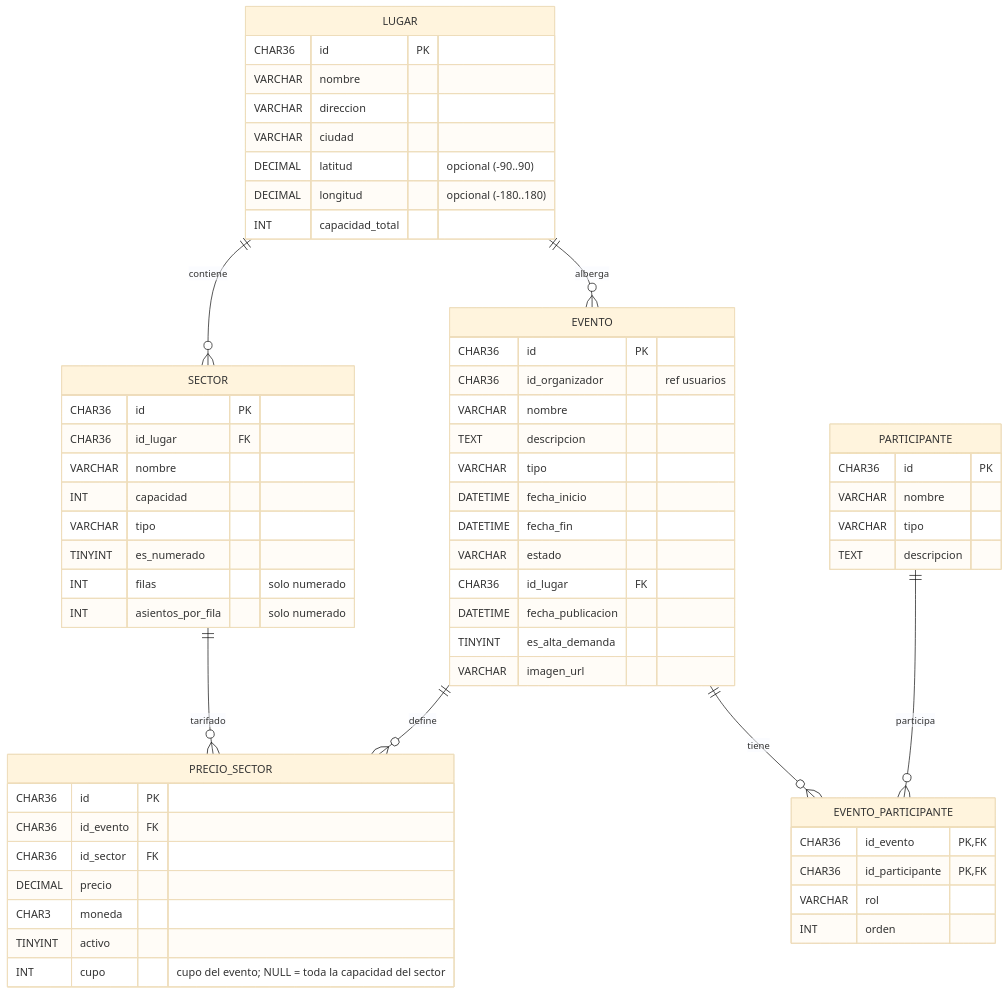
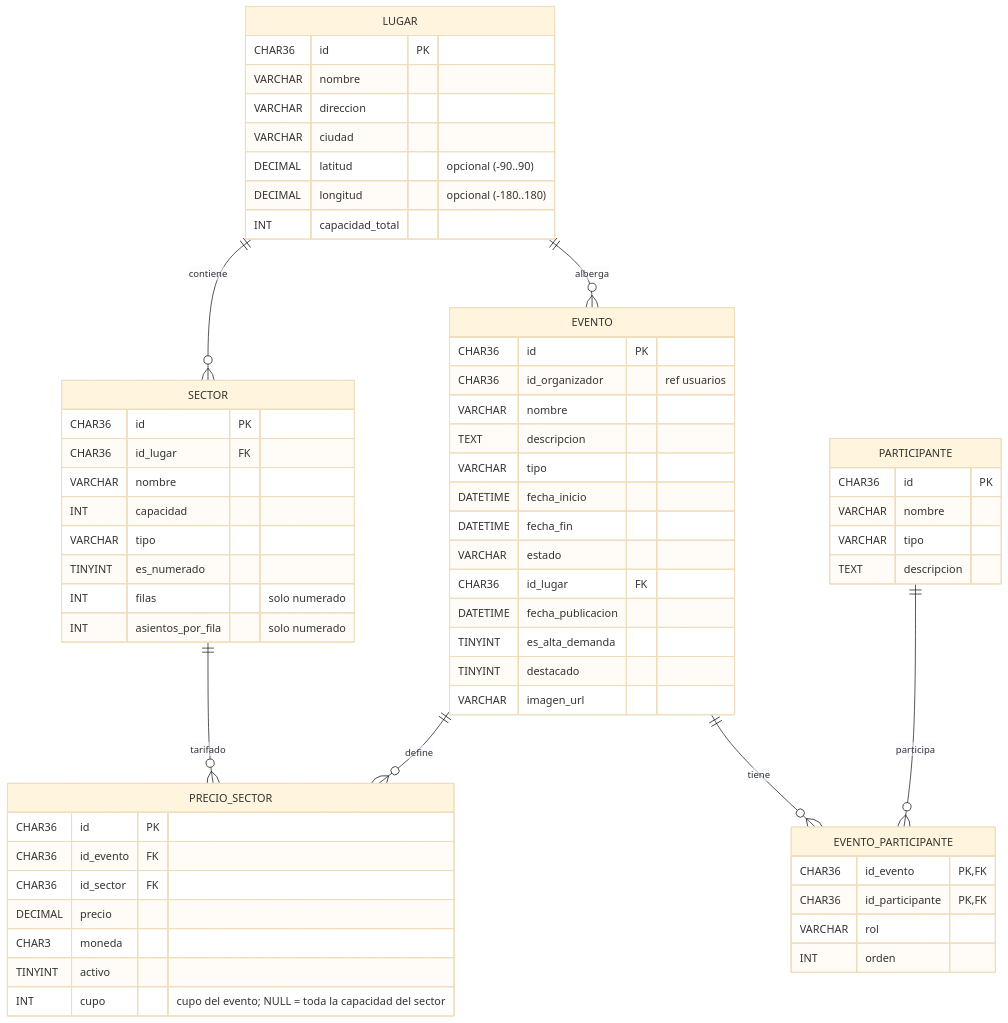
One commit to florAlar/ticketYa changed the second of 5 diagrams in Backend/docs/modelo-datos.md. Above: the diagram before and after it, drawn with Mermaid (base theme). The commit also changed other lines of this file and 30 other files, not shown here.

````diff
--- a/Backend/docs/modelo-datos.md
+++ b/Backend/docs/modelo-datos.md
@@ -53,64 +53,65 @@
 ```mermaid
 erDiagram
     LUGAR ||--o{ SECTOR : contiene
     LUGAR ||--o{ EVENTO : alberga
     EVENTO ||--o{ PRECIO_SECTOR : define
     SECTOR ||--o{ PRECIO_SECTOR : tarifado
     EVENTO ||--o{ EVENTO_PARTICIPANTE : tiene
     PARTICIPANTE ||--o{ EVENTO_PARTICIPANTE : participa
 
     LUGAR {
         CHAR36 id PK
         VARCHAR nombre
         VARCHAR direccion
         VARCHAR ciudad
         DECIMAL latitud "opcional (-90..90)"
         DECIMAL longitud "opcional (-180..180)"
         INT capacidad_total
     }
     SECTOR {
         CHAR36 id PK
         CHAR36 id_lugar FK
         VARCHAR nombre
         INT capacidad
         VARCHAR tipo
         TINYINT es_numerado
         INT filas "solo numerado"
         INT asientos_por_fila "solo numerado"
     }
     EVENTO {
         CHAR36 id PK
         CHAR36 id_organizador "ref usuarios"
         VARCHAR nombre
         TEXT descripcion
         VARCHAR tipo
         DATETIME fecha_inicio
         DATETIME fecha_fin
         VARCHAR estado
         CHAR36 id_lugar FK
         DATETIME fecha_publicacion
         TINYINT es_alta_demanda
+        TINYINT destacado
         VARCHAR imagen_url
     }
     PRECIO_SECTOR {
         CHAR36 id PK
         CHAR36 id_evento FK
         CHAR36 id_sector FK
         DECIMAL precio
         CHAR3 moneda
         TINYINT activo
         INT cupo "cupo del evento; NULL = toda la capacidad del sector"
     }
     PARTICIPANTE {
         CHAR36 id PK
         VARCHAR nombre
         VARCHAR tipo
         TEXT descripcion
     }
     EVENTO_PARTICIPANTE {
         CHAR36 id_evento PK,FK
         CHAR36 id_participante PK,FK
         VARCHAR rol
         INT orden
     }
 ```
````
